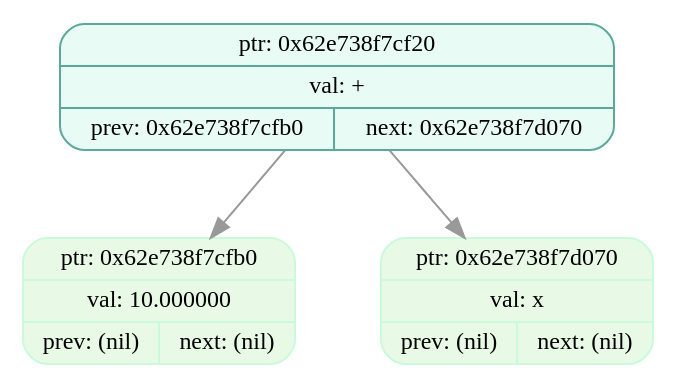
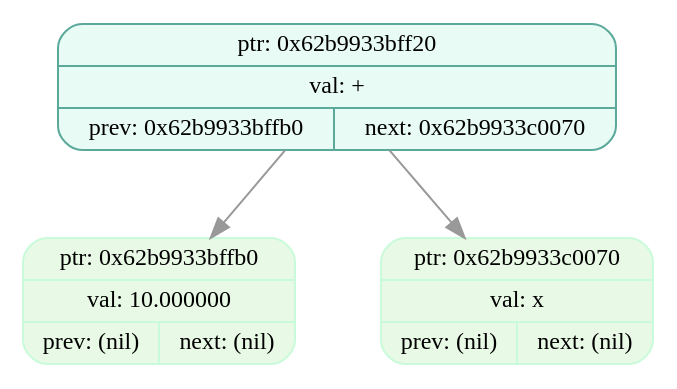
Before and after one commit to EvilTomato9890/Difference: the diagram in dumps/tree_dump_003.dot, drawn with Graphviz. The commit also changed 42 other files, not shown here.

```diff
--- a/dumps/tree_dump_003.dot
+++ b/dumps/tree_dump_003.dot
@@ -1,9 +1,9 @@
 digraph T{
   node [fontname="Fira Mono",shape=record,style="filled,rounded",fontsize=12];
   graph [splines=true, nodesep=0.6, ranksep=0.6];
-  node_0x62e738f7cf20[shape=record,label="{ {ptr: 0x62e738f7cf20} | {val: +} | { prev: 0x62e738f7cfb0 | next: 0x62e738f7d070 } }",color="#5aa99b",fillcolor="#e9fbf5"];
-  node_0x62e738f7cfb0[shape=record,label="{ {ptr: 0x62e738f7cfb0} | {val: 10.000000} | { prev: (nil) | next: (nil) } }",color="#c9fbdbff",fillcolor="#e8f9e5ff"];
-  node_0x62e738f7d070[shape=record,label="{ {ptr: 0x62e738f7d070} | {val: x} | { prev: (nil) | next: (nil) } }",color="#c9fbdbff",fillcolor="#e8f9e5ff"];
-  node_0x62e738f7cf20 -> node_0x62e738f7cfb0 [color="#999999"];
-  node_0x62e738f7cf20 -> node_0x62e738f7d070 [color="#999999"];
+  node_0x62b9933bff20[shape=record,label="{ {ptr: 0x62b9933bff20} | {val: +} | { prev: 0x62b9933bffb0 | next: 0x62b9933c0070 } }",color="#5aa99b",fillcolor="#e9fbf5"];
+  node_0x62b9933bffb0[shape=record,label="{ {ptr: 0x62b9933bffb0} | {val: 10.000000} | { prev: (nil) | next: (nil) } }",color="#c9fbdbff",fillcolor="#e8f9e5ff"];
+  node_0x62b9933c0070[shape=record,label="{ {ptr: 0x62b9933c0070} | {val: x} | { prev: (nil) | next: (nil) } }",color="#c9fbdbff",fillcolor="#e8f9e5ff"];
+  node_0x62b9933bff20 -> node_0x62b9933bffb0 [color="#999999"];
+  node_0x62b9933bff20 -> node_0x62b9933c0070 [color="#999999"];
 }
```
